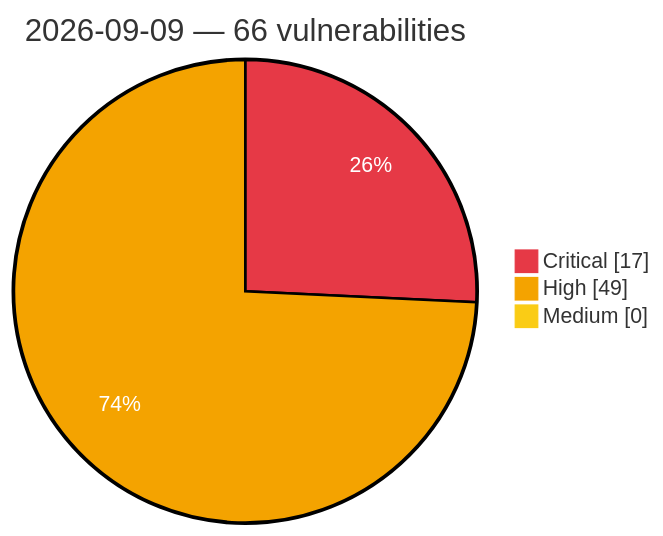
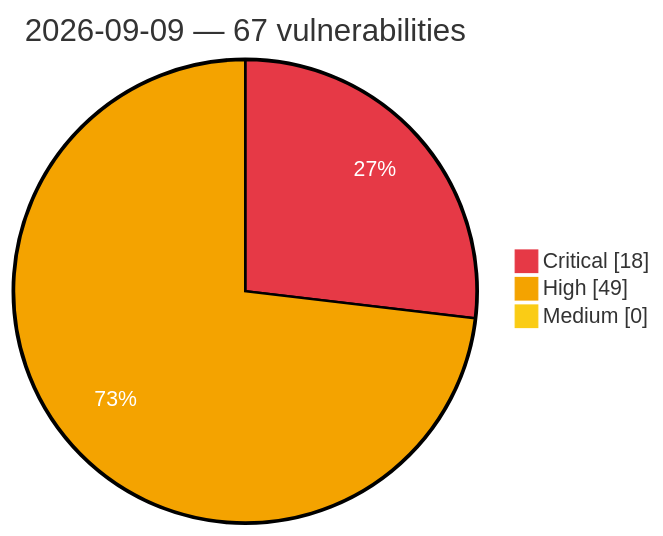
Before and after one commit to GhostX0X/vuln-tracker: the diagram in vulnerabilities/2026/September/2026-09-09.md, drawn with Mermaid. The commit also changed other lines of this file and 5 other files, not shown here.

````diff
--- a/vulnerabilities/2026/September/2026-09-09.md
+++ b/vulnerabilities/2026/September/2026-09-09.md
@@ -3,8 +3,8 @@
 ```mermaid
 %%{init: {'theme':'base', 'themeVariables': {'pie1':'#e63946', 'pie2':'#f4a300', 'pie3':'#facc15', 'pieOpacity':'1', 'pieOuterStrokeWidth':'2px', 'pieSectionTextColor':'#ffffff'}}}%%
 pie showData
-    title 2026-09-09 — 66 vulnerabilities
-    "Critical" : 17
+    title 2026-09-09 — 67 vulnerabilities
+    "Critical" : 18
     "High" : 49
     "Medium" : 0
 ```
````
